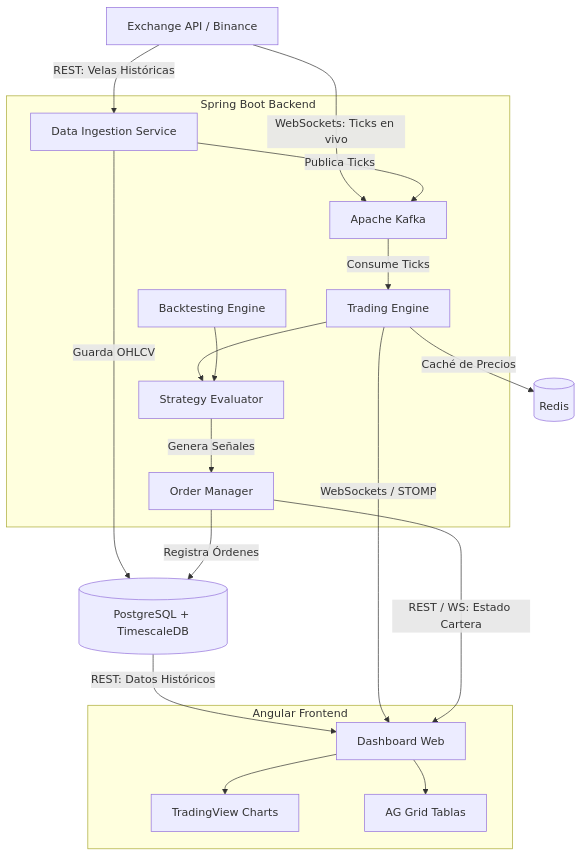
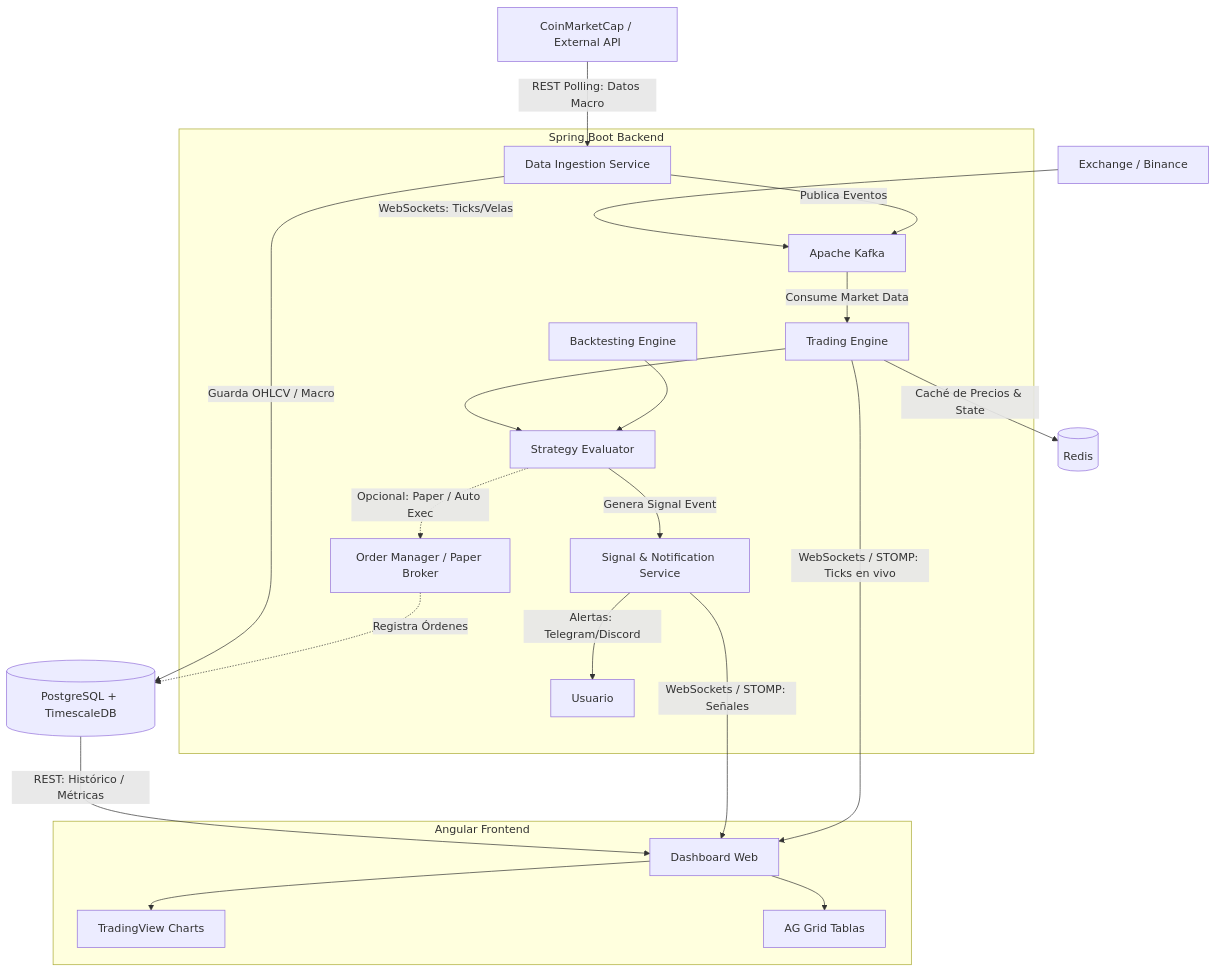
Before and after one commit to fjramirez1/event-driven-trading-engine: the diagram in ROADMAP.md, drawn with Mermaid. The commit also changed other lines of this file, not shown here.

Commit message:
docs(roadmap): update system architecture and execution strategy

````diff
--- a/ROADMAP.md
+++ b/ROADMAP.md
@@ -7,34 +9,34 @@
 ```mermaid
 graph TD
-    %% Entidades Externas
-    Ex[Exchange API / Binance] -->|WebSockets: Ticks en vivo| K[Apache Kafka]
-    Ex -->|REST: Velas Históricas| I[Data Ingestion Service]
-
-    %% Backend (Spring Boot)
+%% Entidades Externas
+    Ex1[Exchange / Binance] -->|WebSockets: Ticks/Velas| K[Apache Kafka]
+    Ex2[CoinMarketCap / External API] -->|REST Polling: Datos Macro| I[Data Ingestion Service]
+%% Backend (Spring Boot 4.1.1)
     subgraph Spring Boot Backend
-        I -->|Publica Ticks| K
-        K -->|Consume Ticks| T[Trading Engine]
+        I -->|Publica Eventos| K
+        K -->|Consume Market Data| T[Trading Engine]
         T --> S[Strategy Evaluator]
-        S -->|Genera Señales| O[Order Manager]
+        S -->|Genera Signal Event| N[Signal & Notification Service]
+        N -->|Alertas: Telegram/Discord| User[Usuario]
+        S -.->|Opcional: Paper / Auto Exec| O[Order Manager / Paper Broker]
         B[Backtesting Engine] --> S
     end
 
-    %% Persistencia
-    I -->|Guarda OHLCV| DB[(PostgreSQL + TimescaleDB)]
-    O -->|Registra Órdenes| DB
-    T -->|Caché de Precios| R[(Redis)]
-
-    %% Frontend (Angular)
+%% Persistencia
+    I -->|Guarda OHLCV / Macro| DB[(PostgreSQL + TimescaleDB)]
+    O -.->|Registra Órdenes| DB
+    T -->|Caché de Precios & State| R[(Redis)]
+%% Frontend (Angular)
     subgraph Angular Frontend
         UI[Dashboard Web]
         C[TradingView Charts]
         G[AG Grid Tablas]
         UI --> C
         UI --> G
     end
 
-    %% Conexiones Backend-Frontend
-    DB -->|REST: Datos Históricos| UI
-    T -->|WebSockets / STOMP| UI
-    O -->|REST / WS: Estado Cartera| UI
+%% Conexiones Backend-Frontend
+    DB -->|REST: Histórico / Métricas| UI
+    N -->|WebSockets / STOMP: Señales| UI
+    T -->|WebSockets / STOMP: Ticks en vivo| UI
 ```
````
